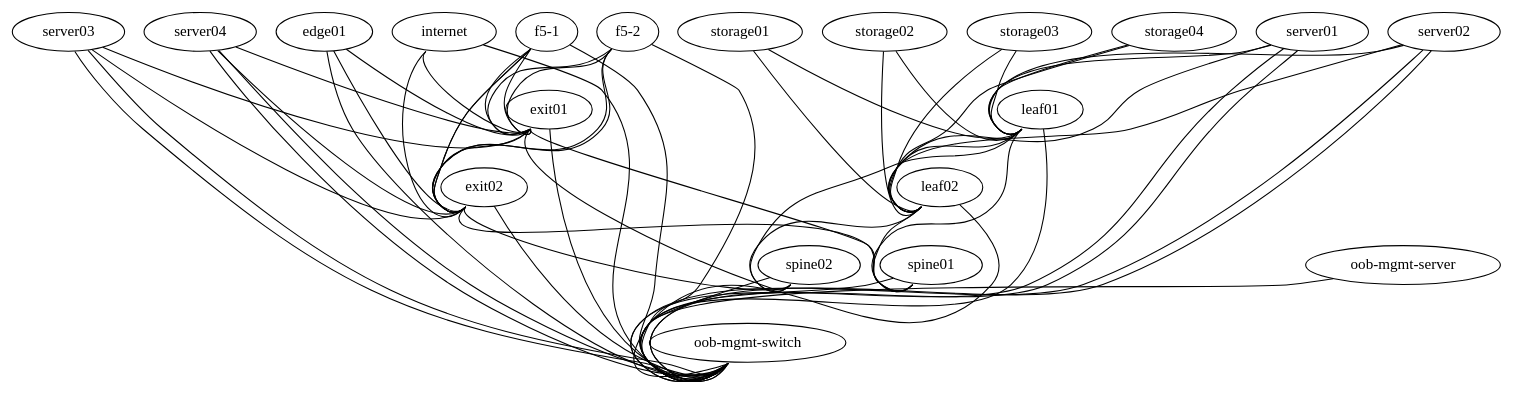
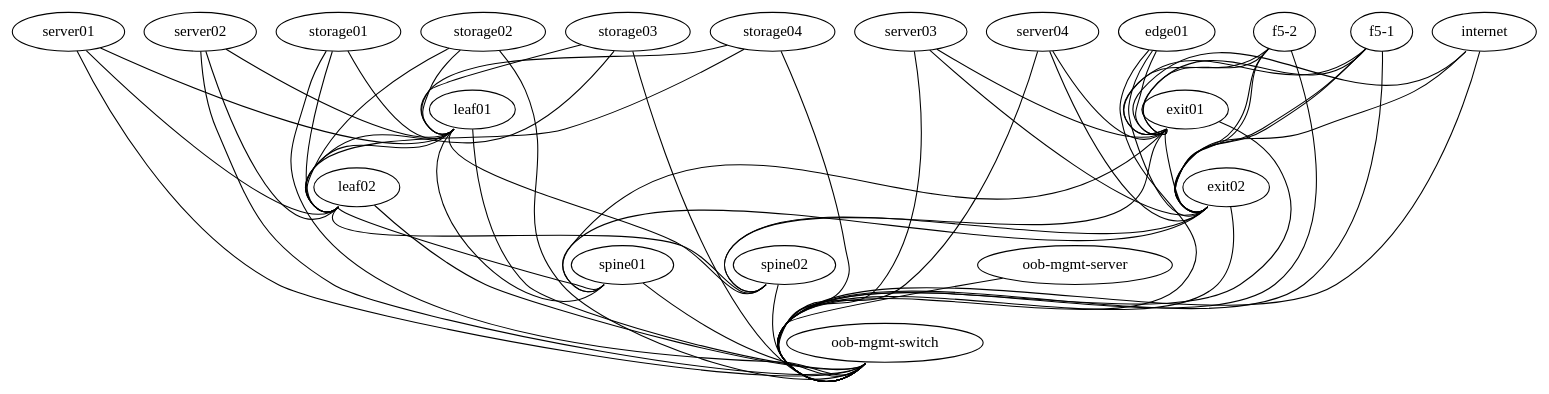
Before and after one commit to OliElli/cumulus-poc: the diagram in topology.dot, drawn with Graphviz.

Commit message:
fixed mgmt switch port map

```diff
--- a/topology.dot
+++ b/topology.dot
@@ -1,89 +1,89 @@
 graph vx {
   "leaf01" [function="leaf" os="CumulusCommunity/cumulus-vx" version="3.7.2" memory="768" config="./helper_scripts/config_switch.sh" ]
   "leaf02" [function="leaf" os="CumulusCommunity/cumulus-vx" version="3.7.2" memory="768" config="./helper_scripts/config_switch.sh" ]
   "spine01" [function="spine" os="CumulusCommunity/cumulus-vx" version="3.7.2" memory="768" config="./helper_scripts/config_switch.sh" ]
   "spine02" [function="spine" os="CumulusCommunity/cumulus-vx" version="3.7.2" memory="768" config="./helper_scripts/config_switch.sh" ]
   "exit01" [function="exit" os="CumulusCommunity/cumulus-vx" version="3.7.2" memory="768" config="./helper_scripts/config_switch.sh" ]
   "exit02" [function="exit" os="CumulusCommunity/cumulus-vx" version="3.7.2" memory="768" config="./helper_scripts/config_switch.sh" ]
   "server01" [function="host" os="yk0/ubuntu-xenial" memory="512" config="./helper_scripts/config_server.sh" ]
   "server02" [function="host" os="yk0/ubuntu-xenial" memory="512" config="./helper_scripts/config_server.sh" ]
   "server03" [function="host" os="yk0/ubuntu-xenial" memory="512" config="./helper_scripts/config_server.sh" ]
   "server04" [function="host" os="yk0/ubuntu-xenial" memory="512" config="./helper_scripts/config_server.sh" ]
   "edge01" [function="host" os="yk0/ubuntu-xenial" memory="768" config="./helper_scripts/config_server.sh" ]
   "internet" [function="internet" vagrant="swp48" os="CumulusCommunity/cumulus-vx" version="3.7.2" memory="768" config="./helper_scripts/config_internet.sh" ]
   "oob-mgmt-switch" [function="oob-switch" vagrant="eth0" os="CumulusCommunity/cumulus-vx" version="3.7.2" memory="768" config="./helper_scripts/config_oob_switch.sh" ]
   "oob-mgmt-server" [function="oob-server" vagrant="eth0" os="CumulusCommunity/vx_oob_server" version="1.0.4" memory="1024" config="./helper_scripts/config_oob_server.sh" ]
   "f5-1" [function="exit" os="CumulusCommunity/cumulus-vx" version="3.7.2" memory="768" config="./helper_scripts/config_switch.sh" ]
   "f5-2" [function="exit" os="CumulusCommunity/cumulus-vx" version="3.7.2" memory="768" config="./helper_scripts/config_switch.sh" ]
   "storage01" [function="host" os="yk0/ubuntu-xenial" memory="512" config="./helper_scripts/config_server.sh" ]
   "storage02" [function="host" os="yk0/ubuntu-xenial" memory="512" config="./helper_scripts/config_server.sh" ]
   "storage03" [function="host" os="yk0/ubuntu-xenial" memory="512" config="./helper_scripts/config_server.sh" ]
   "storage04" [function="host" os="yk0/ubuntu-xenial" memory="512" config="./helper_scripts/config_server.sh" ]
 
   "leaf01":"swp56" -- "spine01":"swp1"
   "leaf02":"swp56" -- "spine01":"swp2"
   "leaf01":"swp55" -- "spine02":"swp1"
   "leaf02":"swp55" -- "spine02":"swp2"
 
   "leaf01":"swp54" -- "leaf02":"swp54"
   "exit01":"swp54" -- "exit02":"swp54"
 
   "server01":"eth1" -- "leaf01":"swp1" [left_mac="00:03:00:11:11:01"]
   "server01":"eth2" -- "leaf02":"swp1" [left_mac="00:03:00:11:11:02"]
   "server02":"eth1" -- "leaf01":"swp2" [left_mac="00:03:00:22:22:01"]
   "server02":"eth2" -- "leaf02":"swp2" [left_mac="00:03:00:22:22:02"]
   "server03":"eth1" -- "exit01":"swp11" [left_mac="00:03:00:33:33:01"]
   "server03":"eth2" -- "exit02":"swp11" [left_mac="00:03:00:33:33:02"]
   "server04":"eth1" -- "exit01":"swp12" [left_mac="00:03:00:44:44:01"]
   "server04":"eth2" -- "exit02":"swp12" [left_mac="00:03:00:44:44:02"]
 
   "storage01":"eth1" -- "leaf01":"swp3" [left_mac="00:04:00:11:11:01"]
   "storage01":"eth2" -- "leaf02":"swp3" [left_mac="00:04:00:11:11:02"]
   "storage02":"eth1" -- "leaf01":"swp4" [left_mac="00:04:00:22:22:01"]
   "storage02":"eth2" -- "leaf02":"swp4" [left_mac="00:04:00:22:22:02"]
   "storage03":"eth1" -- "leaf01":"swp5" [left_mac="00:04:00:11:11:03"]
   "storage03":"eth2" -- "leaf02":"swp5" [left_mac="00:04:00:11:11:04"]
   "storage04":"eth1" -- "leaf01":"swp6" [left_mac="00:04:00:22:22:03"]
   "storage04":"eth2" -- "leaf02":"swp6" [left_mac="00:04:00:22:22:04"]
 
   "exit01":"swp56" -- "spine01":"swp30"
   "exit01":"swp55" -- "spine02":"swp30"
   "exit02":"swp56" -- "spine01":"swp29"
   "exit02":"swp55" -- "spine02":"swp29"
 
   "internet":"swp1" -- "exit01":"swp1"
   "internet":"swp2" -- "exit02":"swp1"
 
   "edge01":"eth1" -- "exit01":"swp10"
   "edge01":"eth2" -- "exit02":"swp10"
 
   "f5-1":"swp1" -- "exit01":"swp3"
   "f5-1":"swp2" -- "exit01":"swp4"
   "f5-1":"swp3" -- "exit02":"swp3"
   "f5-1":"swp4" -- "exit02":"swp4"
   
   "f5-2":"swp1" -- "exit01":"swp5"
   "f5-2":"swp2" -- "exit01":"swp6"
   "f5-2":"swp3" -- "exit02":"swp5"
   "f5-2":"swp4" -- "exit02":"swp6"
 
   "oob-mgmt-server":"eth1" -- "oob-mgmt-switch":"swp1" [right_mac="a0:00:00:00:00:61"]
   "server01":"eth0" -- "oob-mgmt-switch":"swp2" [left_mac="a0:00:00:00:00:31"]
   "server02":"eth0" -- "oob-mgmt-switch":"swp3" [left_mac="a0:00:00:00:00:32"]
   "server03":"eth0" -- "oob-mgmt-switch":"swp4" [left_mac="a0:00:00:00:00:33"]
   "server04":"eth0" -- "oob-mgmt-switch":"swp5" [left_mac="a0:00:00:00:00:34"]
   "leaf01":"eth0" -- "oob-mgmt-switch":"swp6" [left_mac="a0:00:00:00:00:11"]
   "leaf02":"eth0" -- "oob-mgmt-switch":"swp7" [left_mac="a0:00:00:00:00:12"]
   "spine01":"eth0" -- "oob-mgmt-switch":"swp8" [left_mac="a0:00:00:00:00:21"]
   "spine02":"eth0" -- "oob-mgmt-switch":"swp9" [left_mac="a0:00:00:00:00:22"]
   "exit01":"eth0" -- "oob-mgmt-switch":"swp10" [left_mac="a0:00:00:00:00:41"]
   "exit02":"eth0" -- "oob-mgmt-switch":"swp11" [left_mac="a0:00:00:00:00:42"]
   "edge01":"eth0" -- "oob-mgmt-switch":"swp12" [left_mac="a0:00:00:00:00:51"]
   "internet":"eth0" -- "oob-mgmt-switch":"swp13" [left_mac="a0:00:00:00:00:50"]
   "f5-1":"eth0" -- "oob-mgmt-switch":"swp14" [left_mac="a0:00:00:00:00:71"]
   "f5-2":"eth0" -- "oob-mgmt-switch":"swp15" [left_mac="a0:00:00:00:00:72"]
-  "server01":"eth0" -- "oob-mgmt-switch":"swp16" [left_mac="a0:00:00:00:00:81"]
-  "server02":"eth0" -- "oob-mgmt-switch":"swp17" [left_mac="a0:00:00:00:00:82"]
-  "server03":"eth0" -- "oob-mgmt-switch":"swp18" [left_mac="a0:00:00:00:00:83"]
-  "server04":"eth0" -- "oob-mgmt-switch":"swp19" [left_mac="a0:00:00:00:00:84"]
+  "storage01":"eth0" -- "oob-mgmt-switch":"swp16" [left_mac="a0:00:00:00:00:81"]
+  "storage02":"eth0" -- "oob-mgmt-switch":"swp17" [left_mac="a0:00:00:00:00:82"]
+  "storage03":"eth0" -- "oob-mgmt-switch":"swp18" [left_mac="a0:00:00:00:00:83"]
+  "storage04":"eth0" -- "oob-mgmt-switch":"swp19" [left_mac="a0:00:00:00:00:84"]
 }
```
